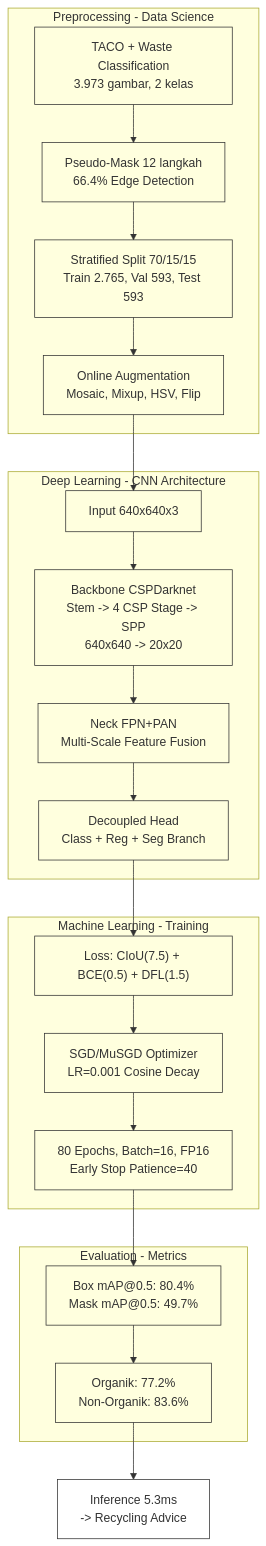
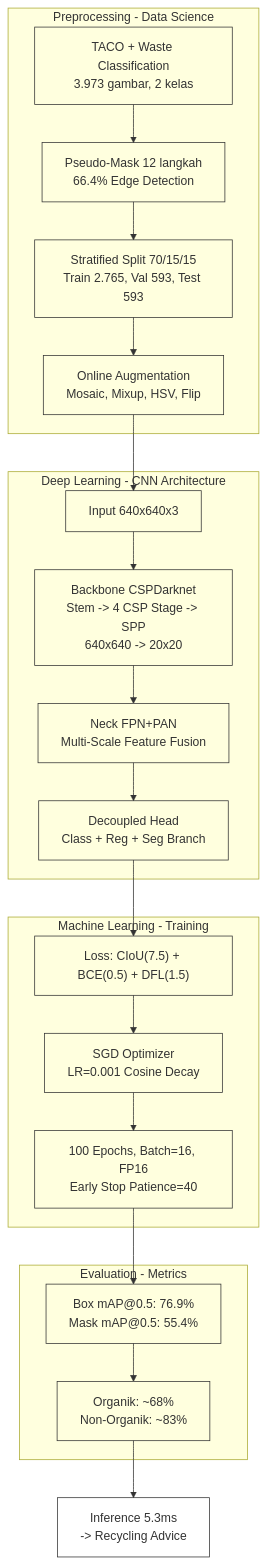
Before and after one commit to aryaw/SmartBin: the first of 2 diagrams in proposalPaper/presentation.md, drawn with Mermaid. The commit also changed other lines of this file and 1 other file, not shown here.

````diff
--- a/proposalPaper/presentation.md
+++ b/proposalPaper/presentation.md
@@ -6,30 +6,30 @@
 ```mermaid
 flowchart TD
     classDef default fill:none,stroke:#333,stroke-width:1
 
     subgraph DS[Preprocessing - Data Science]
         A["TACO + Waste Classification<br />3.973 gambar, 2 kelas"] --> B["Pseudo-Mask 12 langkah<br />66.4% Edge Detection"]
         B --> C["Stratified Split 70/15/15<br />Train 2.765, Val 593, Test 593"]
         C --> D["Online Augmentation<br />Mosaic, Mixup, HSV, Flip"]
     end
 
     subgraph CNN["Deep Learning - CNN Architecture"]
         E["Input 640x640x3"] --> F["Backbone CSPDarknet<br />Stem -> 4 CSP Stage -> SPP<br />640x640 -> 20x20"]
         F --> G["Neck FPN+PAN<br />Multi-Scale Feature Fusion"]
         G --> H["Decoupled Head<br />Class + Reg + Seg Branch"]
     end
 
     subgraph ML["Machine Learning - Training"]
-        I["Loss: CIoU(7.5) + BCE(0.5) + DFL(1.5)"] --> J["SGD/MuSGD Optimizer<br />LR=0.001 Cosine Decay"]
-        J --> K["80 Epochs, Batch=16, FP16<br />Early Stop Patience=40"]
+        I["Loss: CIoU(7.5) + BCE(0.5) + DFL(1.5)"] --> J["SGD Optimizer<br />LR=0.001 Cosine Decay"]
+        J --> K["100 Epochs, Batch=16, FP16<br />Early Stop Patience=40"]
     end
 
     subgraph EVAL["Evaluation - Metrics"]
-        L["Box mAP@0.5: 80.4%<br />Mask mAP@0.5: 49.7%"] --> M["Organik: 77.2%<br />Non-Organik: 83.6%"]
+        L["Box mAP@0.5: 76.9%<br />Mask mAP@0.5: 55.4%"] --> M["Organik: ~68%<br />Non-Organik: ~83%"]
     end
 
     D --> E
     H --> I
     K --> L
     M --> N["Inference 5.3ms<br />-> Recycling Advice"]
 ```
````
